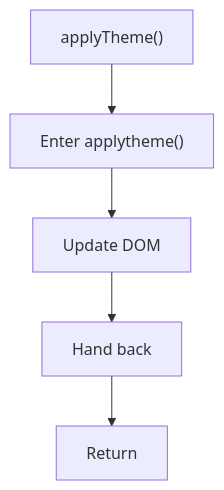
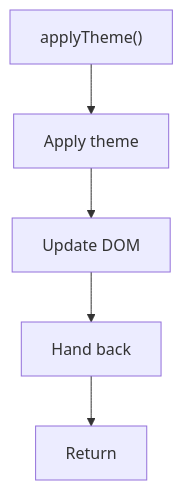
The diagram in docs/Codebase/Frontend/scripts/sidebar/functions/applytheme.js.md (JohnAndrewBalbarosa/NeoTerritory), drawn with Mermaid before and after one commit. The commit also changed other lines of this file and 915 other files, not shown here.

````diff
--- a/docs/Codebase/Frontend/scripts/sidebar/functions/applytheme.js.md
+++ b/docs/Codebase/Frontend/scripts/sidebar/functions/applytheme.js.md
@@ -17,12 +17,12 @@
 ```mermaid
 flowchart TD
     Start["applyTheme()"]
-    N0["Enter applytheme()"]
+    N0["Apply theme"]
     N1["Update DOM"]
     N2["Hand back"]
     End["Return"]
     Start --> N0
     N0 --> N1
     N1 --> N2
     N2 --> End
 ```
````
